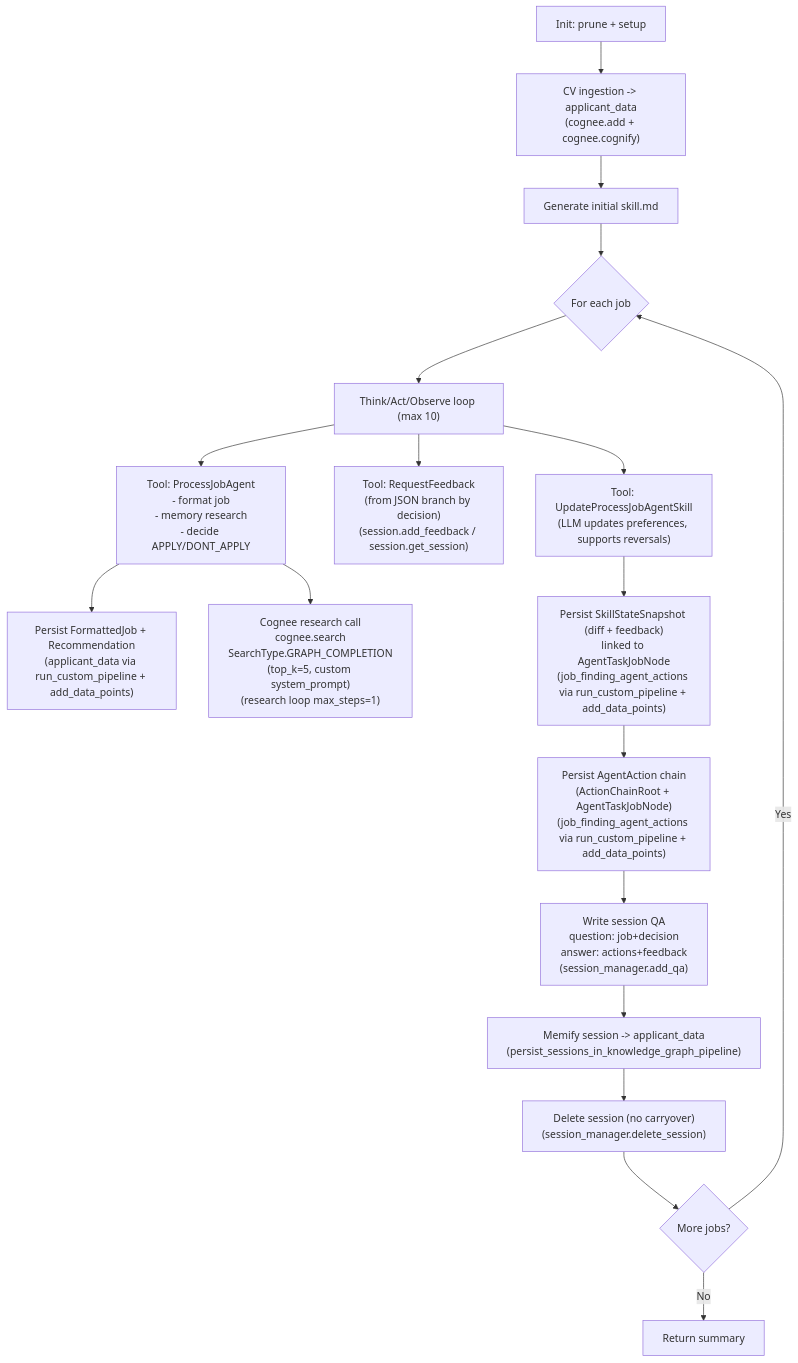
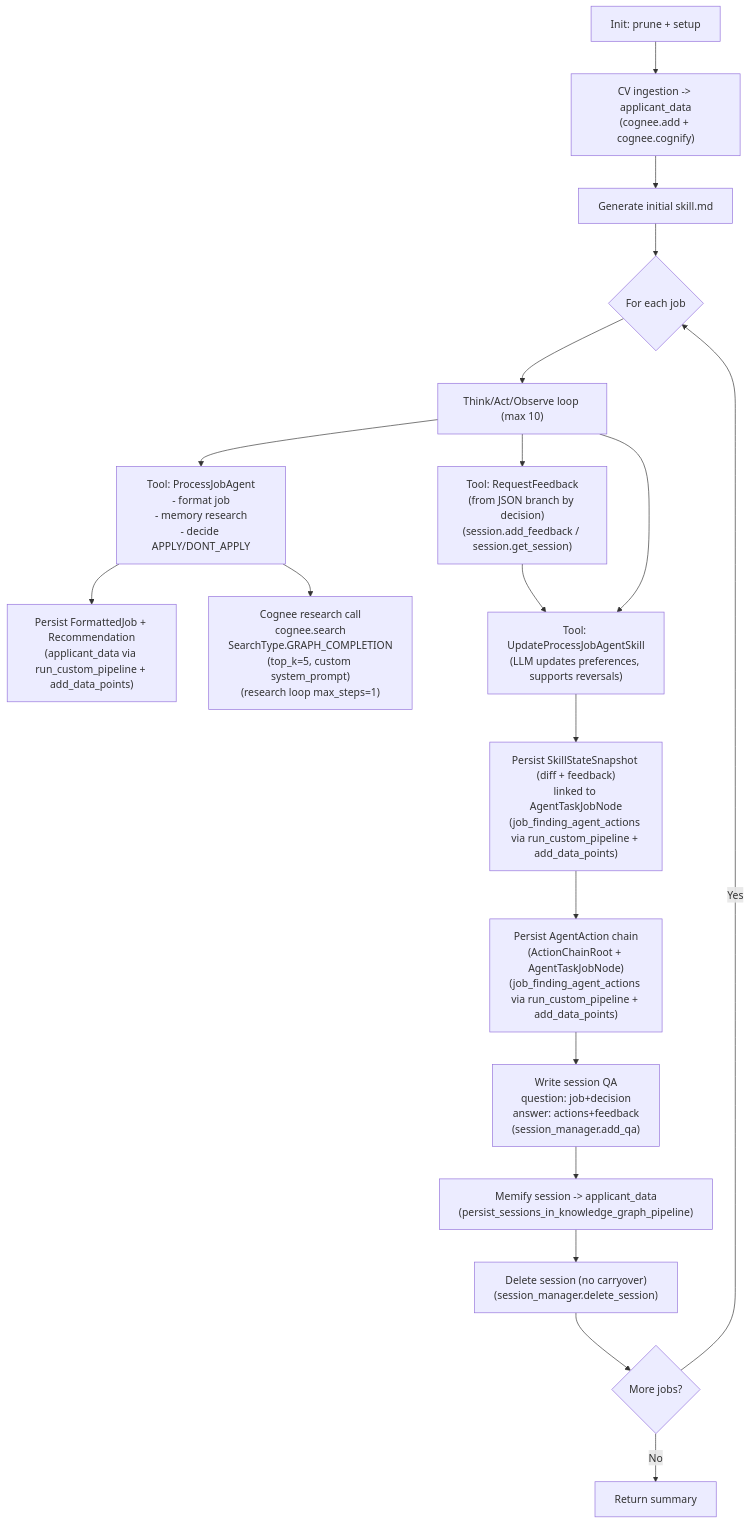
Before and after one commit to topoteretes/cognee: the diagram in examples/demos/job_finding_agent/diagram/job_finding_flow_medium.mmd, drawn with Mermaid.

```diff
--- a/examples/demos/job_finding_agent/diagram/job_finding_flow_medium.mmd
+++ b/examples/demos/job_finding_agent/diagram/job_finding_flow_medium.mmd
@@ -1,25 +1,27 @@
 flowchart TD
     A["Init: prune + setup"] --> B["CV ingestion -> applicant_data\n(cognee.add + cognee.cognify)"]
     B --> C["Generate initial skill.md"]
 
     C --> D{"For each job"}
     D --> E["Think/Act/Observe loop (max 10)"]
 
     E --> F["Tool: ProcessJobAgent\n- format job\n- memory research\n- decide APPLY/DONT_APPLY"]
     F --> G["Persist FormattedJob + Recommendation\n(applicant_data via run_custom_pipeline + add_data_points)"]
 
     E --> H["Tool: RequestFeedback\n(from JSON branch by decision)\n(session.add_feedback / session.get_session)"]
+    H --> I["Tool: UpdateProcessJobAgentSkill\n(LLM updates preferences, supports reversals)"]
     E --> I["Tool: UpdateProcessJobAgentSkill\n(LLM updates preferences, supports reversals)"]
+
     I --> J["Persist SkillStateSnapshot (diff + feedback)\nlinked to AgentTaskJobNode\n(job_finding_agent_actions via run_custom_pipeline + add_data_points)"]
 
     J --> K["Persist AgentAction chain\n(ActionChainRoot + AgentTaskJobNode)\n(job_finding_agent_actions via run_custom_pipeline + add_data_points)"]
 
     F --> R["Cognee research call\ncognee.search\nSearchType.GRAPH_COMPLETION\n(top_k=5, custom system_prompt)\n(research loop max_steps=1)"]
 
     K --> L["Write session QA\nquestion: job+decision\nanswer: actions+feedback\n(session_manager.add_qa)"]
     L --> M["Memify session -> applicant_data\n(persist_sessions_in_knowledge_graph_pipeline)"]
     M --> N["Delete session (no carryover)\n(session_manager.delete_session)"]
 
     N --> O{"More jobs?"}
     O -- "Yes" --> D
     O -- "No" --> P["Return summary"]
```
